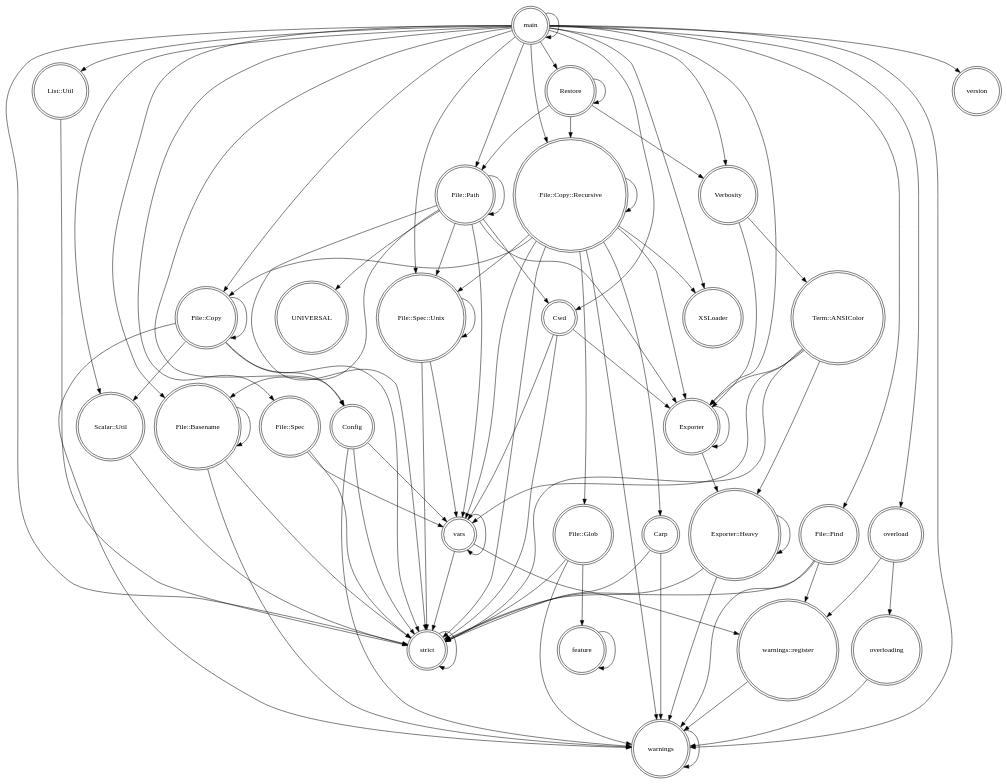
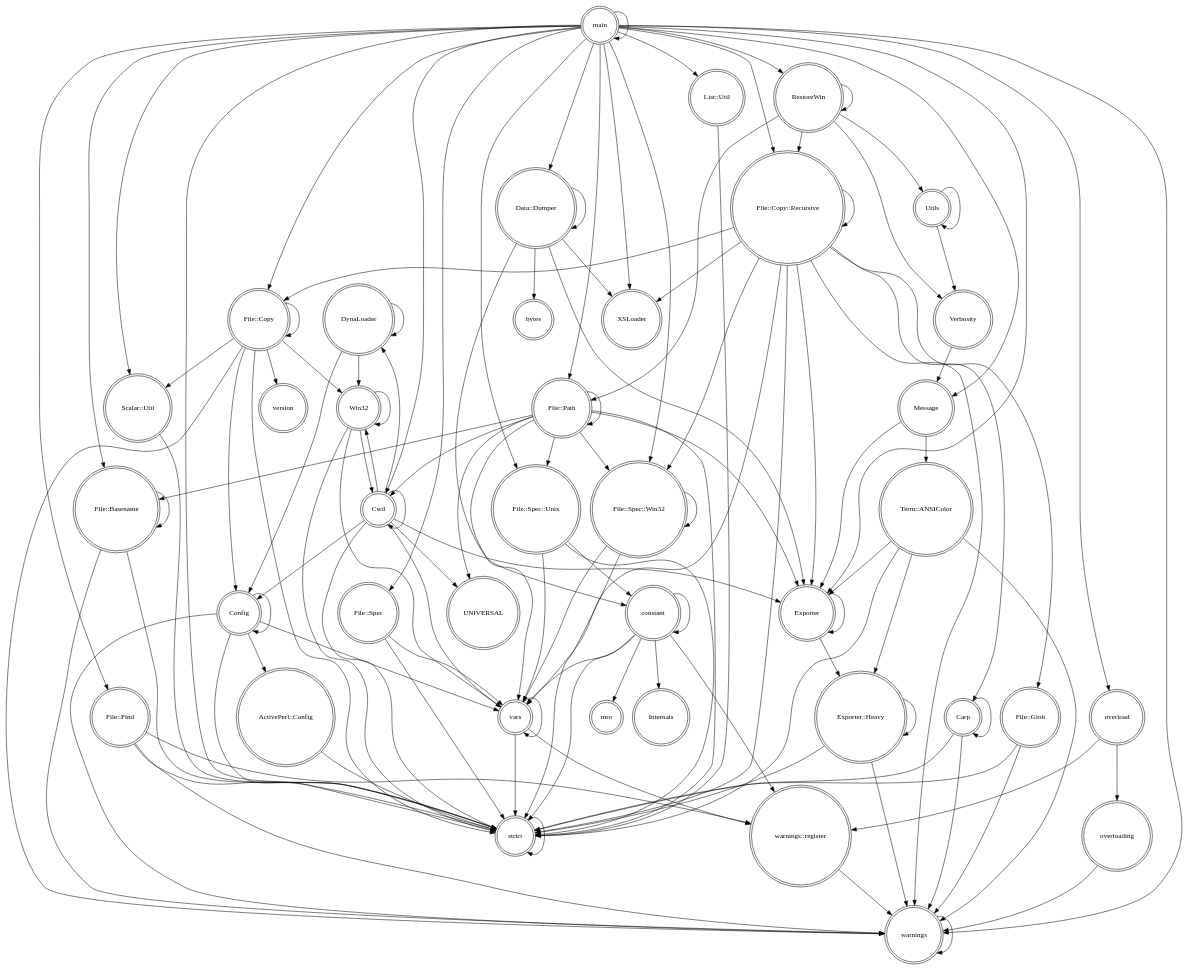
Before and after one commit to VPatrick/PerlArchiver: the diagram in Profiling Ergebnisse/Restore_P Subdirectory/packages-callgraph.dot, drawn with Graphviz. The commit also changed 217 other files, not shown here.

```diff
--- a/Profiling Ergebnisse/Restore_P Subdirectory/packages-callgraph.dot
+++ b/Profiling Ergebnisse/Restore_P Subdirectory/packages-callgraph.dot
@@ -1,96 +1,131 @@
 digraph {
 graph [overlap=false]
 node [shape=doublecircle];
+"DynaLoader" -> "Win32";
+"File::Path" -> "Exporter";
+"main" -> "List::Util";
+"warnings::register" -> "warnings";
+"File::Spec" -> "vars";
+"File::Copy" -> "Win32";
+"vars" -> "strict";
+"Exporter::Heavy" -> "warnings";
+"Win32" -> "Cwd";
+"Cwd" -> "vars";
+"overloading" -> "warnings";
+"main" -> "File::Find";
+"Utils" -> "Verbosity";
+"strict" -> "strict";
+"Cwd" -> "UNIVERSAL";
+"Carp" -> "strict";
+"warnings" -> "warnings";
+"File::Basename" -> "File::Basename";
+"Carp" -> "Carp";
 "main" -> "File::Spec::Unix";
+"Term::ANSIColor" -> "warnings";
+"File::Find" -> "warnings";
+"Utils" -> "Utils";
+"File::Find" -> "warnings::register";
+"constant" -> "strict";
+"File::Spec::Unix" -> "constant";
+"main" -> "XSLoader";
+"Cwd" -> "Exporter";
+"File::Copy::Recursive" -> "vars";
+"main" -> "Message";
+"File::Copy" -> "strict";
+"Data::Dumper" -> "Exporter";
+"main" -> "File::Spec::Win32";
+"Win32" -> "Win32";
+"File::Copy::Recursive" -> "File::Spec::Win32";
+"File::Copy" -> "File::Copy";
+"File::Copy" -> "Config";
+"main" -> "File::Spec";
+"File::Copy::Recursive" -> "strict";
+"main" -> "Cwd";
+"File::Path" -> "strict";
+"Config" -> "Config";
 "Cwd" -> "strict";
-"warnings" -> "warnings";
-"File::Spec::Unix" -> "File::Spec::Unix";
+"Message" -> "Exporter";
+"Data::Dumper" -> "XSLoader";
+"File::Glob" -> "strict";
+"Scalar::Util" -> "strict";
+"File::Copy::Recursive" -> "Exporter";
+"constant" -> "mro";
+"File::Copy" -> "Scalar::Util";
+"File::Copy" -> "warnings";
+"Term::ANSIColor" -> "Exporter";
+"File::Spec::Win32" -> "vars";
+"File::Copy::Recursive" -> "File::Copy::Recursive";
+"Exporter" -> "Exporter";
+"overload" -> "overloading";
+"File::Path" -> "File::Spec::Win32";
+"File::Path" -> "Cwd";
+"constant" -> "vars";
 "File::Path" -> "UNIVERSAL";
-"Verbosity" -> "Term::ANSIColor";
+"Term::ANSIColor" -> "Exporter::Heavy";
 "File::Path" -> "File::Spec::Unix";
-"File::Glob" -> "feature";
-"File::Copy::Recursive" -> "File::Spec::Unix";
-"File::Copy" -> "File::Copy";
-"Exporter" -> "Exporter";
+"File::Find" -> "strict";
+"main" -> "warnings";
+"Config" -> "strict";
+"File::Path" -> "vars";
+"Config" -> "ActivePerl::Config";
+"Cwd" -> "Cwd";
+"RestoreWin" -> "RestoreWin";
+"List::Util" -> "strict";
+"Data::Dumper" -> "bytes";
+"Message" -> "Term::ANSIColor";
+"Cwd" -> "Config";
+"File::Spec" -> "strict";
+"main" -> "File::Path";
+"DynaLoader" -> "DynaLoader";
+"Carp" -> "warnings";
+"Term::ANSIColor" -> "strict";
+"main" -> "strict";
+"Verbosity" -> "Message";
+"File::Path" -> "File::Basename";
+"Exporter" -> "Exporter::Heavy";
+"DynaLoader" -> "Config";
+"File::Spec::Win32" -> "strict";
+"main" -> "RestoreWin";
+"Exporter::Heavy" -> "Exporter::Heavy";
+"Data::Dumper" -> "Data::Dumper";
+"main" -> "Data::Dumper";
+"File::Copy" -> "version";
+"File::Copy::Recursive" -> "File::Glob";
+"Config" -> "vars";
+"Data::Dumper" -> "constant";
+"constant" -> "warnings::register";
+"Win32" -> "strict";
+"main" -> "File::Copy::Recursive";
+"main" -> "overload";
+"File::Basename" -> "strict";
+"Config" -> "warnings";
+"RestoreWin" -> "Verbosity";
+"constant" -> "constant";
+"File::Copy::Recursive" -> "XSLoader";
+"ActivePerl::Config" -> "strict";
+"RestoreWin" -> "Utils";
+"main" -> "Exporter";
+"File::Path" -> "File::Path";
+"File::Copy::Recursive" -> "warnings";
+"vars" -> "vars";
+"File::Spec::Win32" -> "File::Spec::Win32";
+"Win32" -> "vars";
+"Cwd" -> "DynaLoader";
+"main" -> "File::Copy";
+"File::Copy::Recursive" -> "Carp";
+"File::Spec::Unix" -> "vars";
+"main" -> "main";
+"RestoreWin" -> "File::Path";
+"File::Basename" -> "warnings";
+"main" -> "Scalar::Util";
+"File::Copy::Recursive" -> "File::Copy";
+"overload" -> "warnings::register";
+"main" -> "File::Basename";
+"Exporter::Heavy" -> "strict";
 "vars" -> "warnings::register";
-"File::Copy::Recursive" -> "File::Copy";
-"main" -> "main";
-"File::Spec::Unix" -> "vars";
-"Exporter::Heavy" -> "strict";
 "File::Spec::Unix" -> "strict";
-"File::Find" -> "warnings::register";
-"File::Path" -> "Cwd";
-"Verbosity" -> "Exporter";
-"File::Path" -> "Exporter";
-"File::Copy::Recursive" -> "File::Copy::Recursive";
-"Term::ANSIColor" -> "strict";
-"main" -> "overload";
-"main" -> "File::Find";
-"main" -> "File::Basename";
-"File::Copy::Recursive" -> "vars";
-"File::Copy::Recursive" -> "strict";
-"main" -> "File::Path";
 "File::Glob" -> "warnings";
-"File::Copy::Recursive" -> "XSLoader";
-"overload" -> "warnings::register";
-"File::Copy" -> "strict";
-"warnings::register" -> "warnings";
-"File::Copy" -> "Config";
-"Config" -> "vars";
-"Exporter::Heavy" -> "warnings";
-"File::Find" -> "warnings";
-"Term::ANSIColor" -> "Exporter::Heavy";
-"Term::ANSIColor" -> "vars";
-"main" -> "Restore";
-"List::Util" -> "strict";
-"File::Basename" -> "File::Basename";
-"File::Glob" -> "strict";
-"main" -> "List::Util";
-"File::Path" -> "strict";
-"main" -> "Config";
-"Carp" -> "strict";
-"main" -> "Scalar::Util";
-"File::Copy::Recursive" -> "Exporter";
-"Scalar::Util" -> "strict";
-"Cwd" -> "Exporter";
-"main" -> "File::Copy::Recursive";
-"Cwd" -> "vars";
-"File::Basename" -> "warnings";
-"main" -> "warnings";
-"File::Copy::Recursive" -> "warnings";
-"File::Spec" -> "vars";
-"File::Copy" -> "warnings";
-"File::Path" -> "vars";
-"Config" -> "strict";
-"File::Copy::Recursive" -> "Carp";
-"main" -> "Cwd";
-"main" -> "File::Spec";
-"main" -> "File::Copy";
-"feature" -> "feature";
-"Restore" -> "File::Path";
-"Restore" -> "Restore";
-"File::Path" -> "File::Basename";
-"Restore" -> "File::Copy::Recursive";
-"main" -> "XSLoader";
-"Config" -> "warnings";
-"Term::ANSIColor" -> "Exporter";
-"File::Copy" -> "Scalar::Util";
-"File::Copy::Recursive" -> "File::Glob";
-"main" -> "version";
-"File::Basename" -> "strict";
-"main" -> "Verbosity";
-"main" -> "strict";
-"vars" -> "strict";
-"overload" -> "overloading";
-"File::Spec" -> "strict";
-"Carp" -> "warnings";
-"strict" -> "strict";
-"Exporter::Heavy" -> "Exporter::Heavy";
-"vars" -> "vars";
-"Exporter" -> "Exporter::Heavy";
-"File::Path" -> "File::Path";
-"overloading" -> "warnings";
-"Restore" -> "Verbosity";
-"main" -> "Exporter";
-"File::Find" -> "strict";
+"RestoreWin" -> "File::Copy::Recursive";
+"constant" -> "Internals";
+"Cwd" -> "Win32";
 }
```
